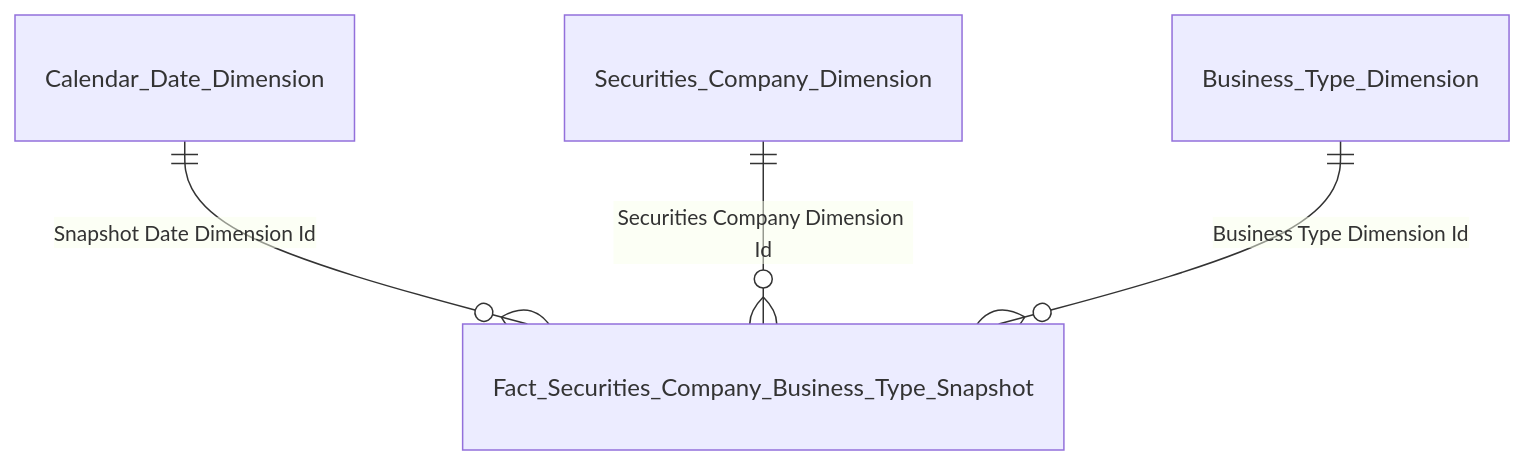
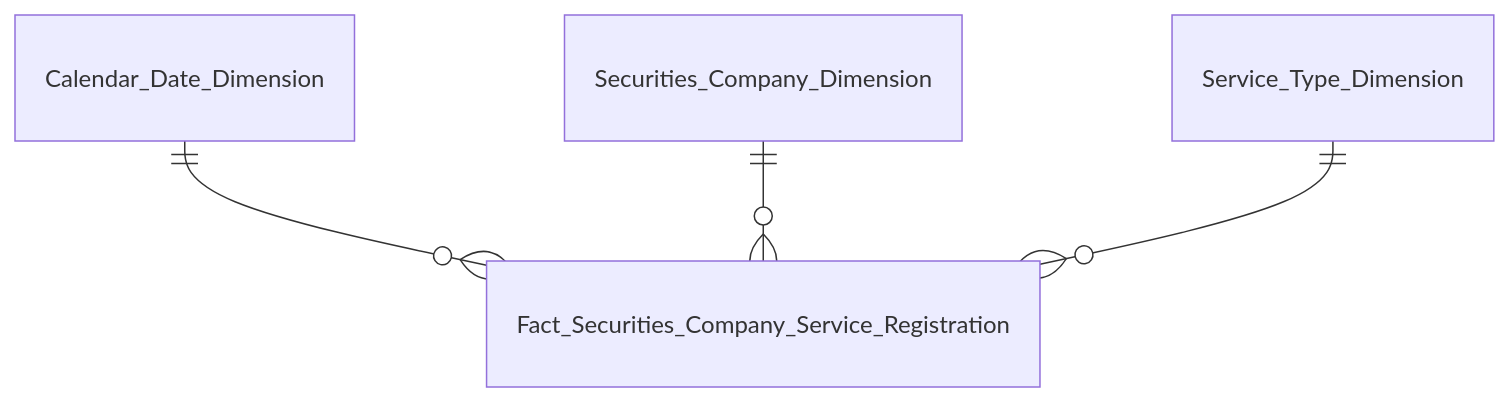
The second of 7 diagrams in Datamart/hld/DTM_QLKD_Entities.md (linhlvit/ubck_atomic_design), drawn with Mermaid before and after one commit. The commit also changed other lines of this file and 35 other files, not shown here.

````diff
--- a/Datamart/hld/DTM_QLKD_Entities.md
+++ b/Datamart/hld/DTM_QLKD_Entities.md
@@ -23,6 +34,6 @@
 ```mermaid
 erDiagram
-    Calendar_Date_Dimension ||--o{ Fact_Securities_Company_Business_Type_Snapshot : "Snapshot Date Dimension Id"
-    Securities_Company_Dimension ||--o{ Fact_Securities_Company_Business_Type_Snapshot : "Securities Company Dimension Id"
-    Business_Type_Dimension ||--o{ Fact_Securities_Company_Business_Type_Snapshot : "Business Type Dimension Id"
+    Calendar_Date_Dimension ||--o{ Fact_Securities_Company_Service_Registration : " "
+    Securities_Company_Dimension ||--o{ Fact_Securities_Company_Service_Registration : " "
+    Service_Type_Dimension ||--o{ Fact_Securities_Company_Service_Registration : " "
 ```
````
